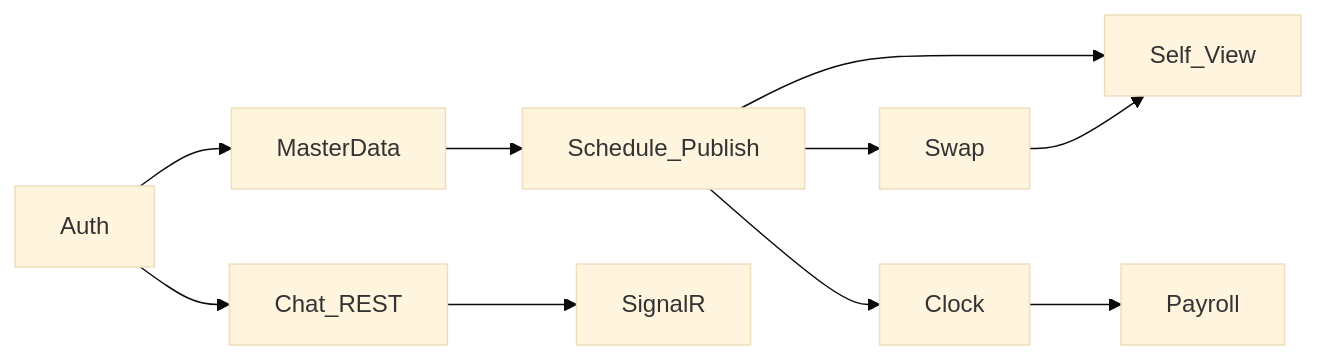
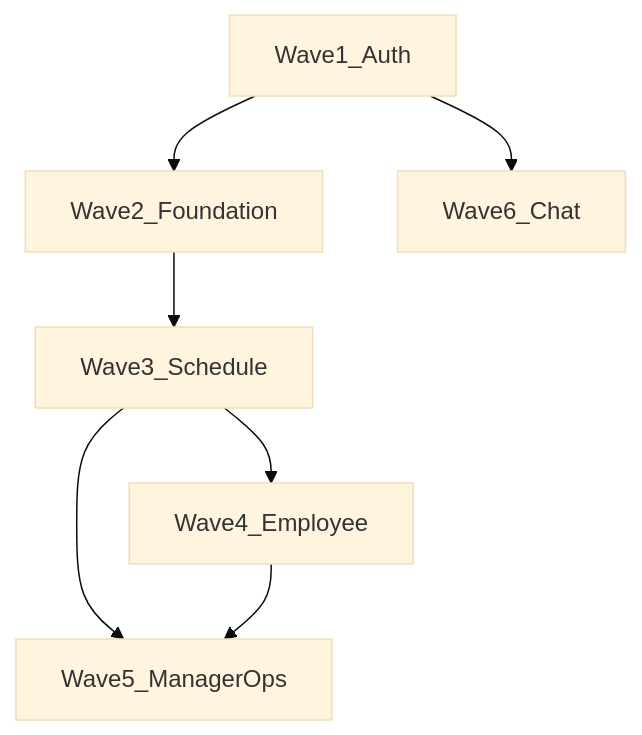
The diagram in docs/vi/fe-integration-guide.md (darrenak403/wokki-server), drawn with Mermaid (base theme) before and after one commit. The commit also changed other lines of this file and 1 other file, not shown here.

Commit message:
Update .gitignore and enhance FE integration guide: add 'docs/fe/' to .gitignore and update the integration guide with new wave deployment order and API usage details for frontend development.

````diff
--- a/docs/vi/fe-integration-guide.md
+++ b/docs/vi/fe-integration-guide.md
@@ -58,12 +62,9 @@
 ```mermaid
-flowchart LR
-    Auth[Auth] --> Master[MasterData]
-    Master --> Schedule[Schedule_Publish]
-    Schedule --> Self[Self_View]
-    Schedule --> Swap[Swap]
-    Swap --> Self
-    Schedule --> Attendance[Clock]
-    Attendance --> Payroll[Payroll]
-    Auth --> Chat[Chat_REST]
-    Chat --> WS[SignalR]
+flowchart TB
+    W1[Wave1_Auth] --> W2[Wave2_Foundation]
+    W2 --> W3[Wave3_Schedule]
+    W3 --> W4[Wave4_Employee]
+    W3 --> W5[Wave5_ManagerOps]
+    W4 --> W5
+    W1 --> W6[Wave6_Chat]
 ```
````
